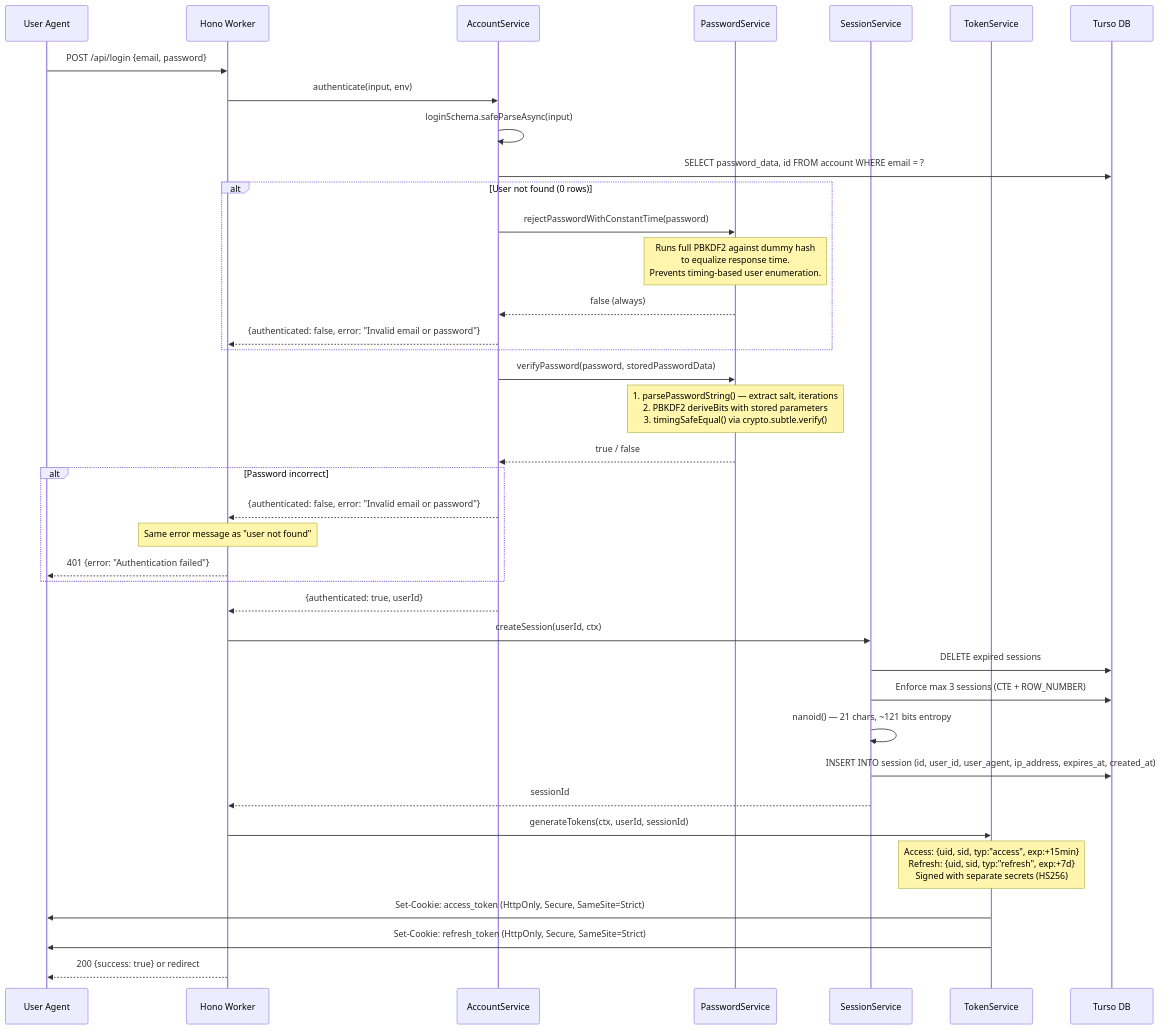
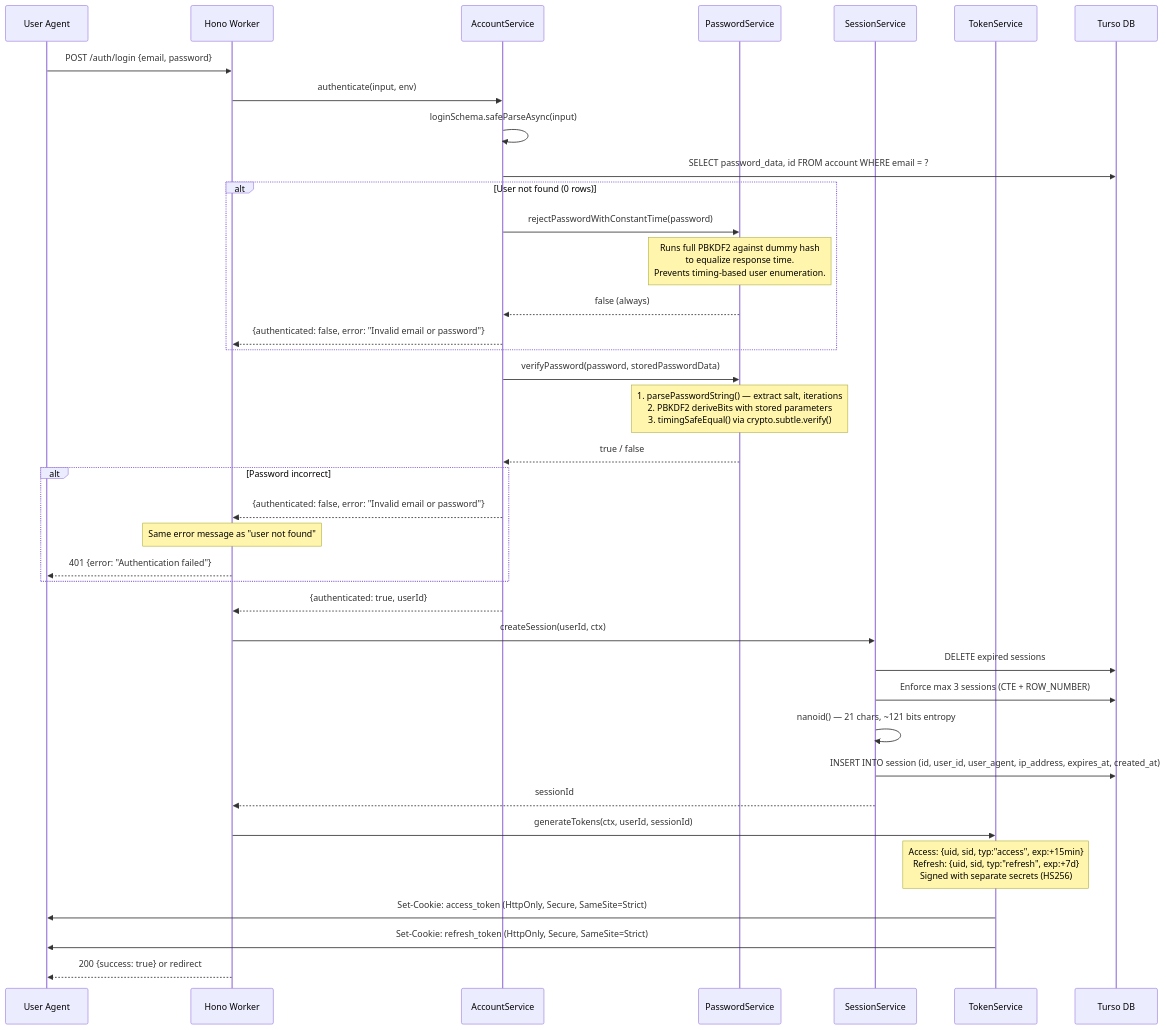
One commit to vhscom/private-landing changed the second of 6 diagrams in docs/flows.md. Above: the diagram before and after it, drawn with Mermaid. The commit also changed other lines of this file and 17 other files, not shown here.

````diff
--- a/docs/flows.md
+++ b/docs/flows.md
@@ -60,49 +60,49 @@
 ```mermaid
 sequenceDiagram
   participant U as User Agent
   participant H as Hono Worker
   participant AS as AccountService
   participant PS as PasswordService
   participant SS as SessionService
   participant TS as TokenService
   participant DB as Turso DB
 
-  U->>H: POST /api/login {email, password}
+  U->>H: POST /auth/login {email, password}
   H->>AS: authenticate(input, env)
 
   AS->>AS: loginSchema.safeParseAsync(input)
   AS->>DB: SELECT password_data, id FROM account WHERE email = ?
 
   alt User not found (0 rows)
     AS->>PS: rejectPasswordWithConstantTime(password)
     Note over PS: Runs full PBKDF2 against dummy hash<br/>to equalize response time.<br/>Prevents timing-based user enumeration.
     PS-->>AS: false (always)
     AS-->>H: {authenticated: false, error: "Invalid email or password"}
   end
 
   AS->>PS: verifyPassword(password, storedPasswordData)
   Note over PS: 1. parsePasswordString() — extract salt, iterations<br/>2. PBKDF2 deriveBits with stored parameters<br/>3. timingSafeEqual() via crypto.subtle.verify()
   PS-->>AS: true / false
 
   alt Password incorrect
     AS-->>H: {authenticated: false, error: "Invalid email or password"}
     Note over H: Same error message as "user not found"
     H-->>U: 401 {error: "Authentication failed"}
   end
 
   AS-->>H: {authenticated: true, userId}
 
   H->>SS: createSession(userId, ctx)
   SS->>DB: DELETE expired sessions
   SS->>DB: Enforce max 3 sessions (CTE + ROW_NUMBER)
   SS->>SS: nanoid() — 21 chars, ~121 bits entropy
   SS->>DB: INSERT INTO session (id, user_id, user_agent, ip_address, expires_at, created_at)
   SS-->>H: sessionId
 
   H->>TS: generateTokens(ctx, userId, sessionId)
   Note over TS: Access: {uid, sid, typ:"access", exp:+15min}<br/>Refresh: {uid, sid, typ:"refresh", exp:+7d}<br/>Signed with separate secrets (HS256)
   TS->>U: Set-Cookie: access_token (HttpOnly, Secure, SameSite=Strict)
   TS->>U: Set-Cookie: refresh_token (HttpOnly, Secure, SameSite=Strict)
 
   H-->>U: 200 {success: true} or redirect
 ```
````
